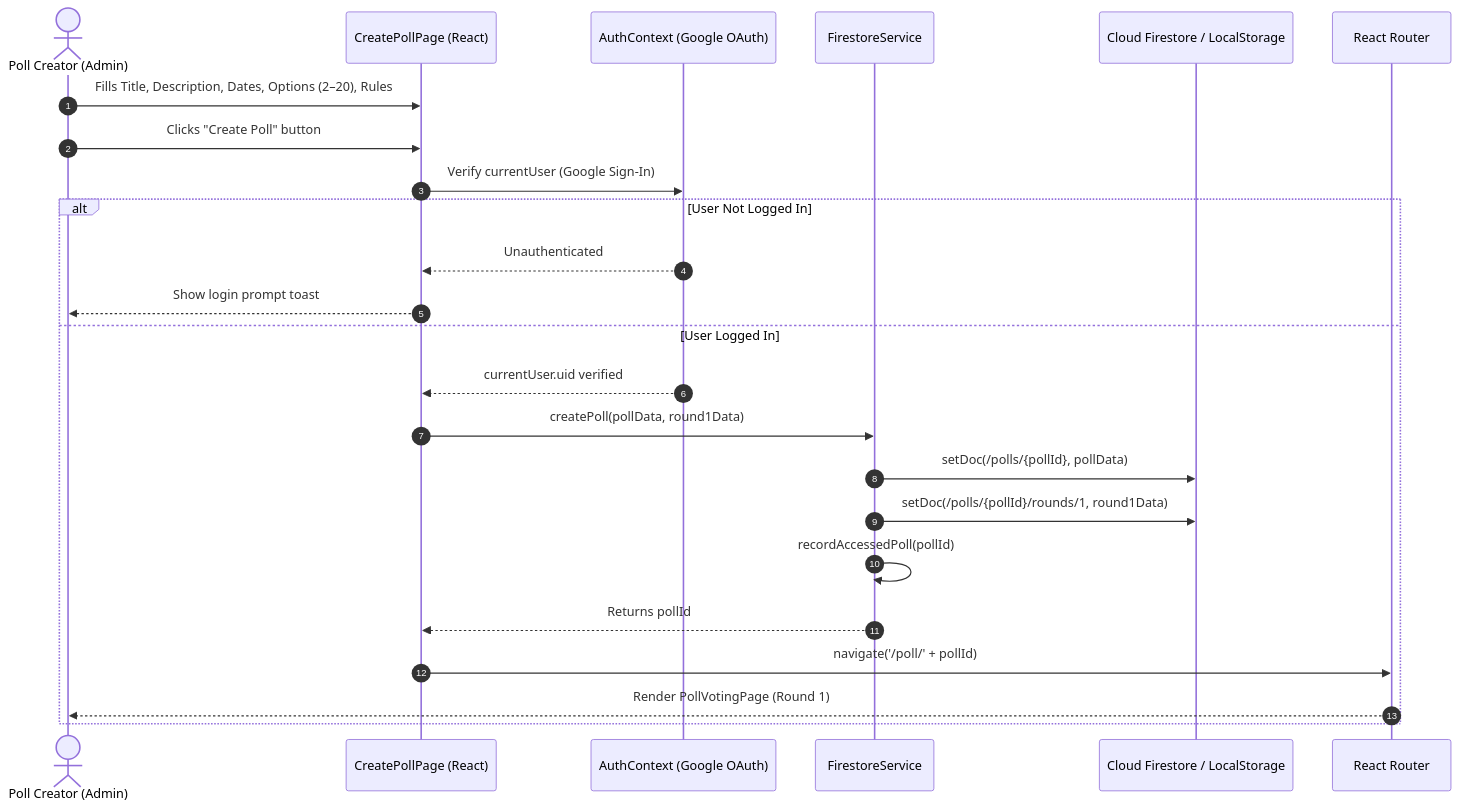
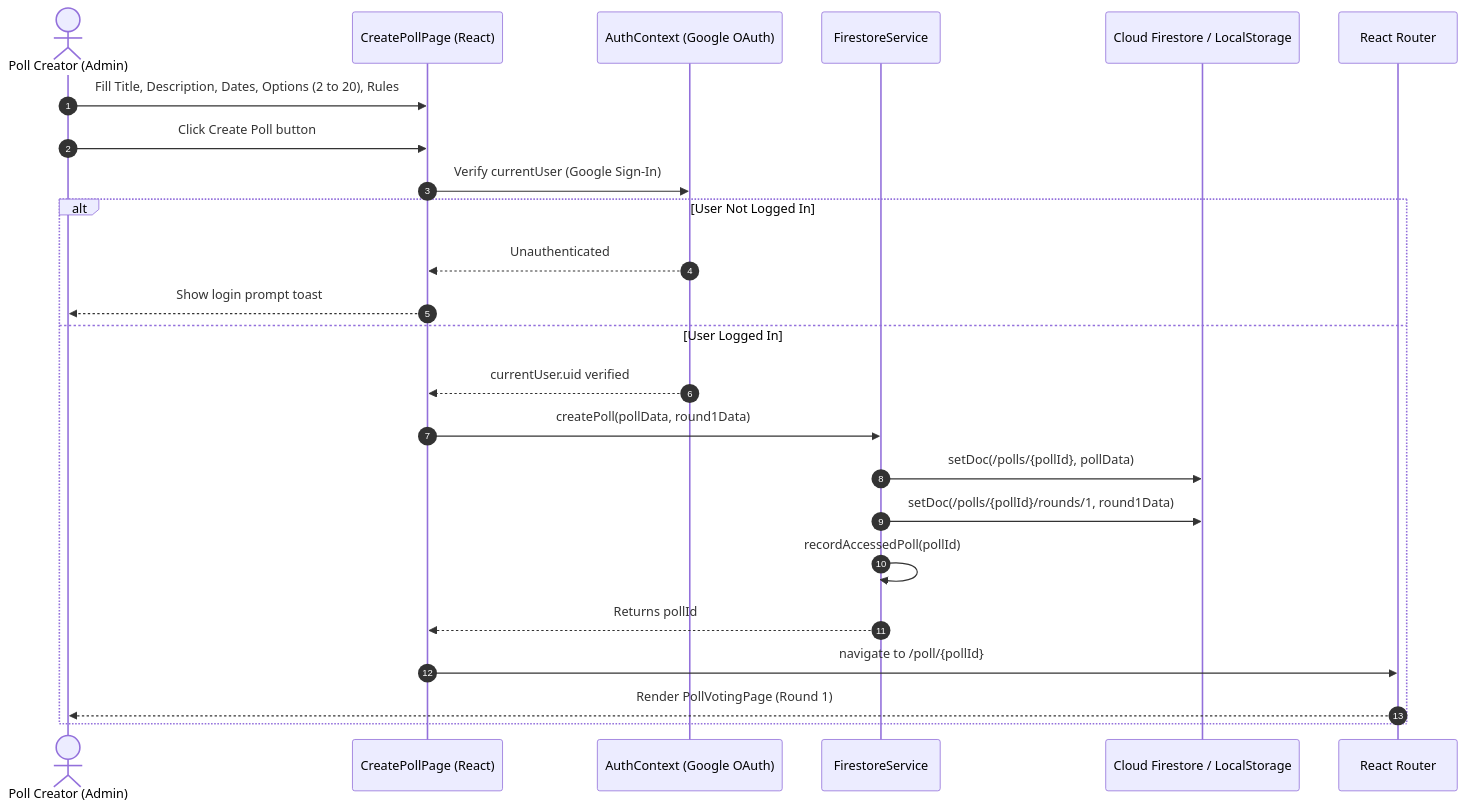
The first of 7 diagrams in docs/SEQUENCE_DIAGRAMS.md (c1t0d0s0/votica), drawn with Mermaid before and after one commit. The commit also changed other lines of this file and 1 other file, not shown here.

Commit message:
fixed SEQUENCE_DIAGRAMS

````diff
--- a/docs/SEQUENCE_DIAGRAMS.md
+++ b/docs/SEQUENCE_DIAGRAMS.md
@@ -11,27 +11,27 @@
 ```mermaid
 sequenceDiagram
     autonumber
     actor Admin as Poll Creator (Admin)
     participant UI as CreatePollPage (React)
     participant Auth as AuthContext (Google OAuth)
     participant Service as FirestoreService
     participant DB as Cloud Firestore / LocalStorage
     participant Router as React Router
 
-    Admin->>UI: Fills Title, Description, Dates, Options (2–20), Rules
-    Admin->>UI: Clicks "Create Poll" button
+    Admin->>UI: Fill Title, Description, Dates, Options (2 to 20), Rules
+    Admin->>UI: Click Create Poll button
     UI->>Auth: Verify currentUser (Google Sign-In)
     alt User Not Logged In
         Auth-->>UI: Unauthenticated
         UI-->>Admin: Show login prompt toast
     else User Logged In
         Auth-->>UI: currentUser.uid verified
         UI->>Service: createPoll(pollData, round1Data)
         Service->>DB: setDoc(/polls/{pollId}, pollData)
         Service->>DB: setDoc(/polls/{pollId}/rounds/1, round1Data)
         Service->>Service: recordAccessedPoll(pollId)
         Service-->>UI: Returns pollId
-        UI->>Router: navigate('/poll/' + pollId)
+        UI->>Router: navigate to /poll/{pollId}
         Router-->>Admin: Render PollVotingPage (Round 1)
     end
 ```
````
